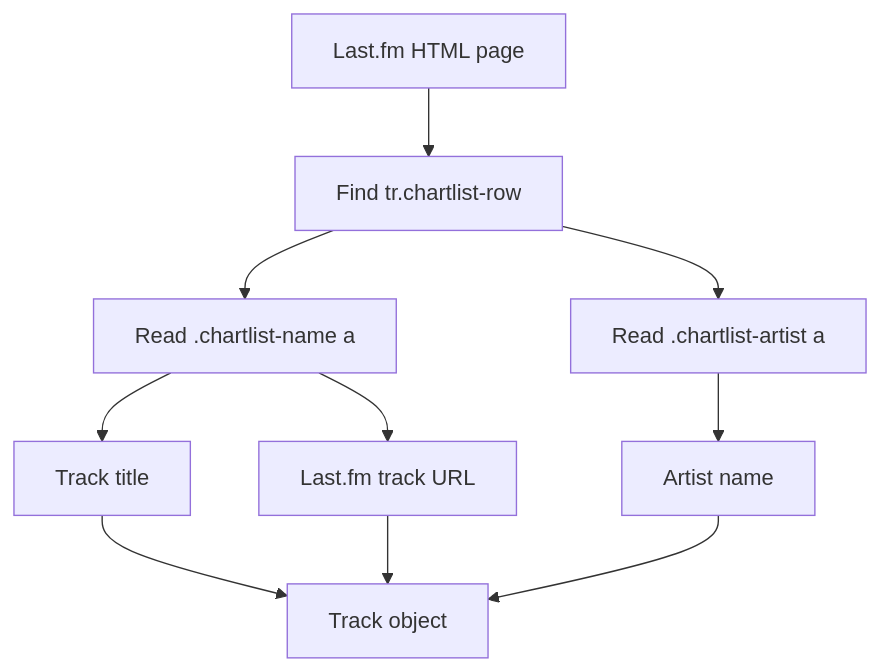
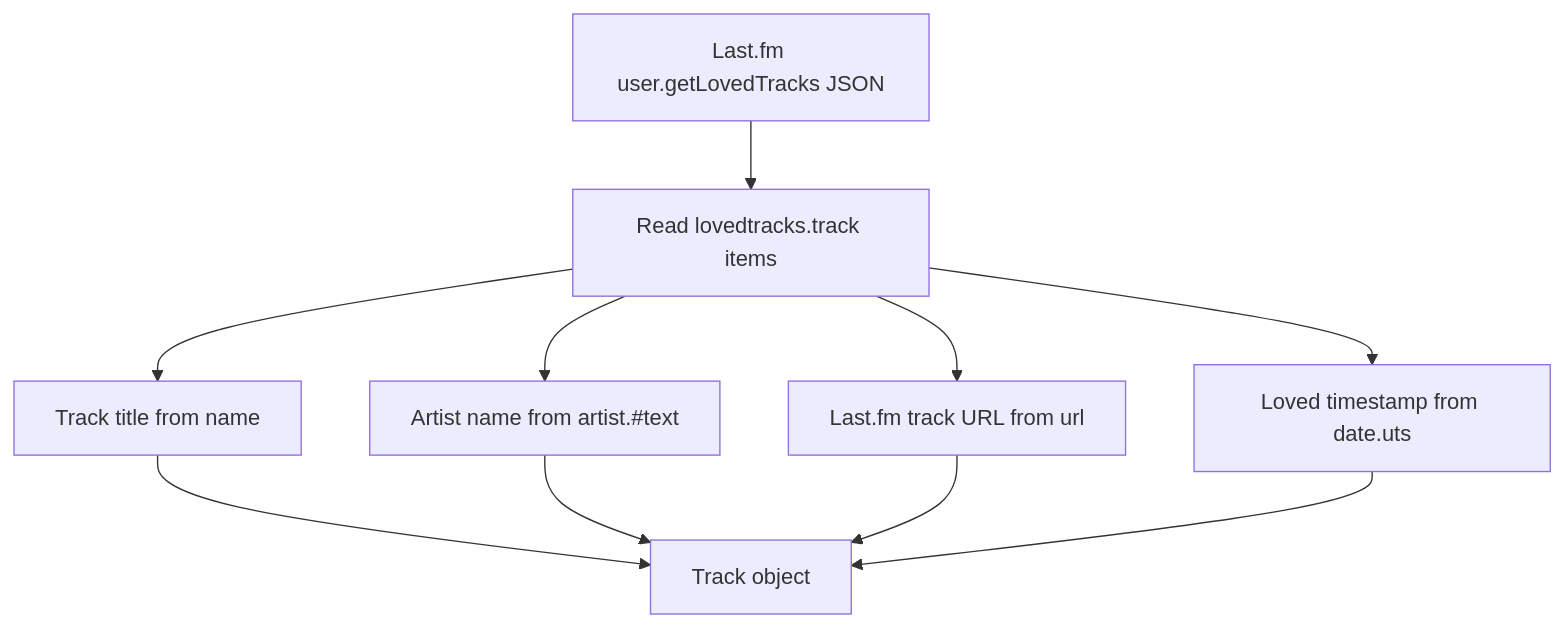
The third of 9 diagrams in documents/03_ARCHITECTURE.md (marcelpetrick/myLastFmPlayer), drawn with Mermaid before and after one commit. The commit also changed other lines of this file and 10 other files, not shown here.

First line of the commit message:
feat(lastfm): fetch loved tracks through API (v0.0.88)

````diff
--- a/documents/03_ARCHITECTURE.md
+++ b/documents/03_ARCHITECTURE.md
@@ -141,12 +128,12 @@
 ```mermaid
 flowchart TD
-    Html[Last.fm HTML page] --> Rows[Find tr.chartlist-row]
-    Rows --> Name[Read .chartlist-name a]
-    Rows --> Artist[Read .chartlist-artist a]
-    Name --> Title[Track title]
-    Artist --> ArtistName[Artist name]
-    Name --> Url[Last.fm track URL]
+    Json[Last.fm user.getLovedTracks JSON] --> Items[Read lovedtracks.track items]
+    Items --> Title[Track title from name]
+    Items --> ArtistName[Artist name from artist.#text]
+    Items --> Url[Last.fm track URL from url]
+    Items --> LovedAt[Loved timestamp from date.uts]
     Title --> Track[Track object]
     ArtistName --> Track
     Url --> Track
+    LovedAt --> Track
 ```
````
